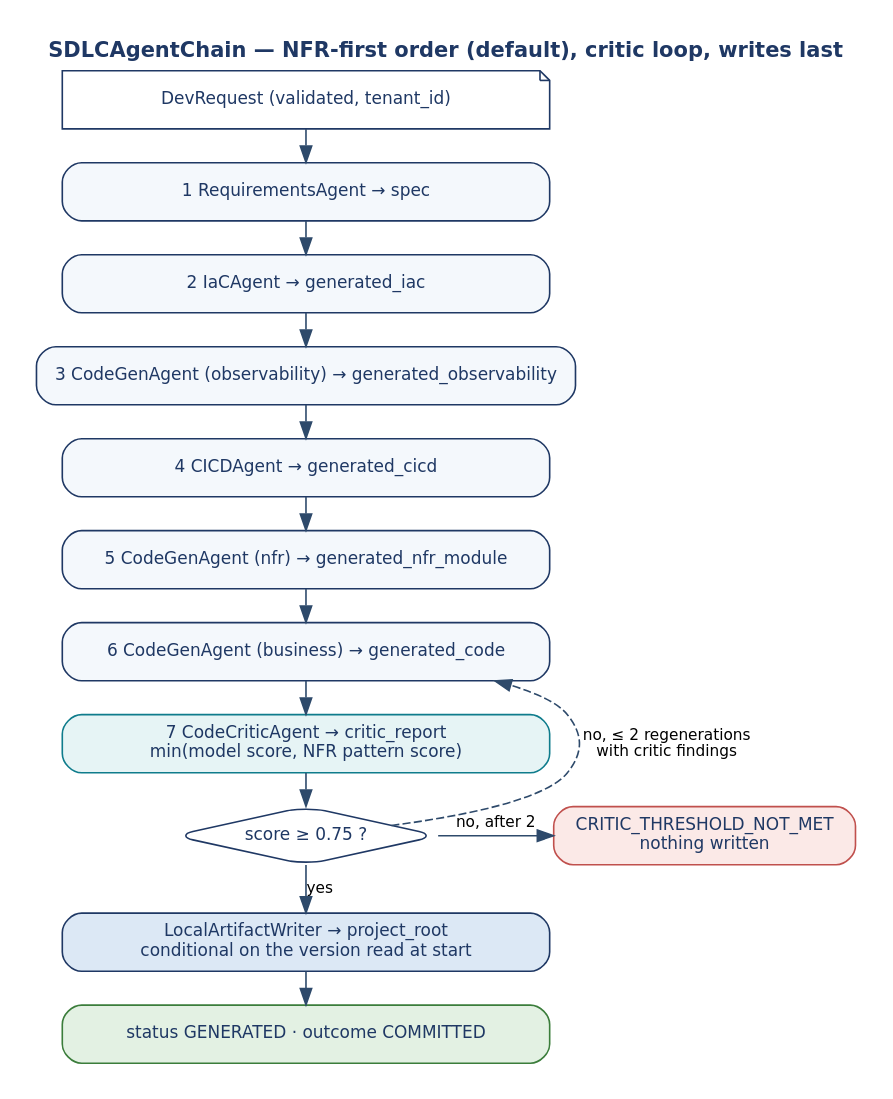
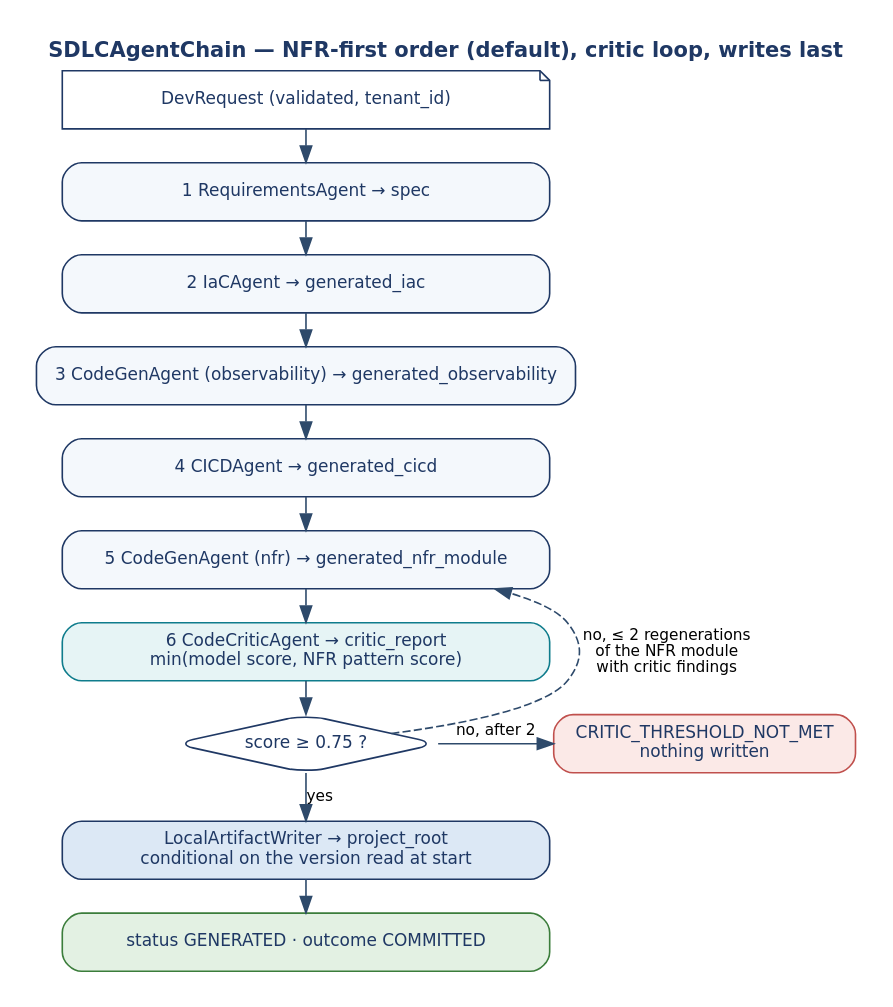
The diagram in docs/design/a2c/diagrams/04_workflow.dot (subhamviky/a2c-framework), drawn with Graphviz before and after one commit. The commit also changed 25 other files, not shown here.

```diff
--- a/docs/design/a2c/diagrams/04_workflow.dot
+++ b/docs/design/a2c/diagrams/04_workflow.dot
@@ -1,21 +1,20 @@
 digraph G {
   graph [rankdir=TB, fontname="DejaVu Sans", fontsize=13, labelloc=t, label=<<b>SDLCAgentChain — NFR-first order (default), critic loop, writes last</b>>, fontcolor="#1F3864", nodesep=0.3, ranksep=0.28, pad=0.2];
   node [shape=box, style="rounded,filled", fillcolor="#F4F8FC", color="#1F3864", fontname="DejaVu Sans", fontsize=10.5, fontcolor="#1F3864", margin="0.14,0.06", width=4.2];
   edge [color="#2E4A6B", fontname="DejaVu Sans", fontsize=9.5];
   in [label="DevRequest (validated, tenant_id)", shape=note, fillcolor="#FFFFFF"];
   r [label="1 RequirementsAgent → spec"];
   i [label="2 IaCAgent → generated_iac"];
   o [label="3 CodeGenAgent (observability) → generated_observability"];
   d [label="4 CICDAgent → generated_cicd"];
   n [label="5 CodeGenAgent (nfr) → generated_nfr_module"];
-  b [label="6 CodeGenAgent (business) → generated_code"];
-  k [label="7 CodeCriticAgent → critic_report\nmin(model score, NFR pattern score)", fillcolor="#E6F4F5", color="#0F7C8C"];
+  k [label="6 CodeCriticAgent → critic_report\nmin(model score, NFR pattern score)", fillcolor="#E6F4F5", color="#0F7C8C"];
   q [label="score ≥ 0.75 ?", shape=diamond, fillcolor="#FFFFFF", width=1.8];
   w [label="LocalArtifactWriter → project_root\nconditional on the version read at start", fillcolor="#DCE8F5"];
   ok [label="status GENERATED · outcome COMMITTED", fillcolor="#E3F1E3", color="#3B7D3B"];
   f [label="CRITIC_THRESHOLD_NOT_MET\nnothing written", fillcolor="#FBE9E7", color="#C0504D", width=2.6];
-  in->r->i->o->d->n->b->k->q; q->w [label="yes"]; w->ok;
-  q->b [style=dashed, label=" no, ≤ 2 regenerations\n with critic findings", constraint=false];
+  in->r->i->o->d->n->k->q; q->w [label="yes"]; w->ok;
+  q->n [style=dashed, label=" no, ≤ 2 regenerations\n of the NFR module\n with critic findings", constraint=false];
   q->f [label="no, after 2"];
   {rank=same; q; f}
 }
```
